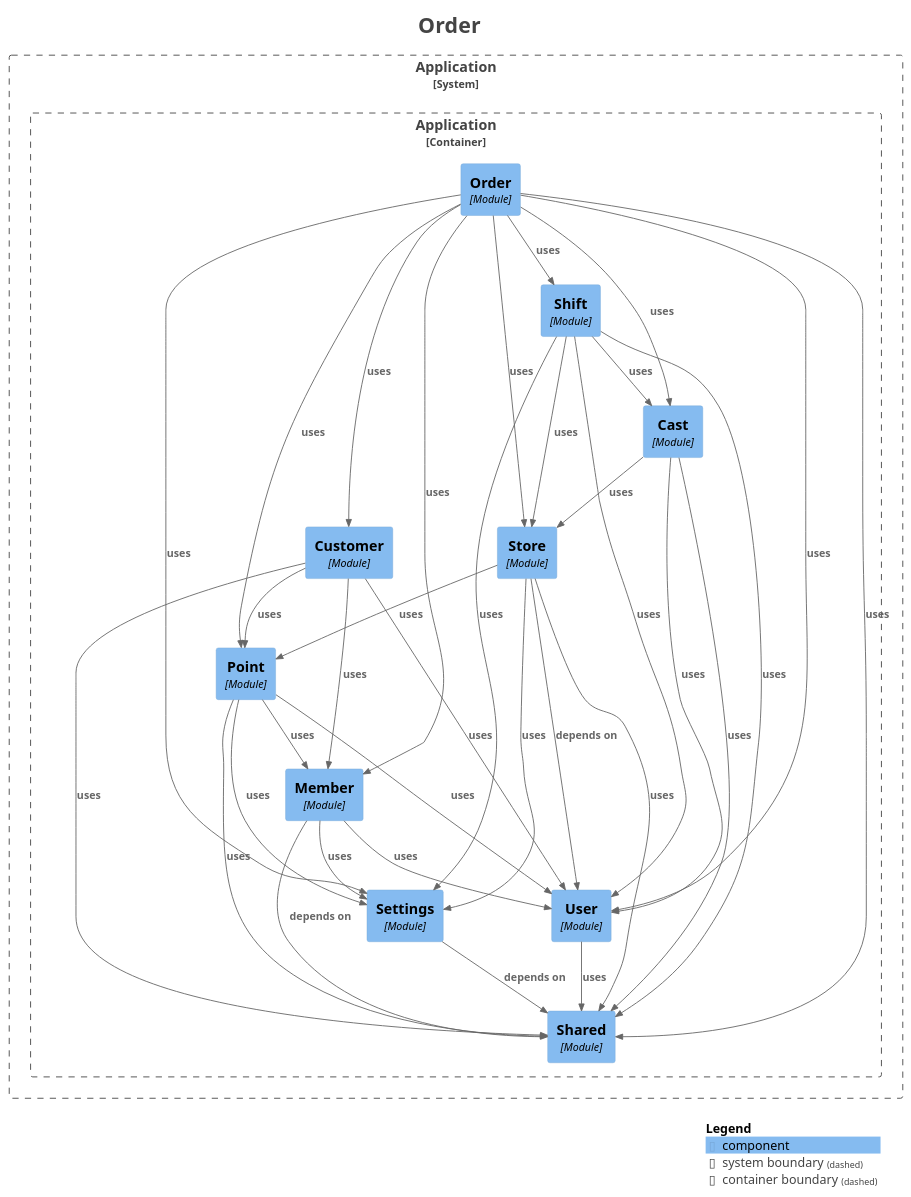
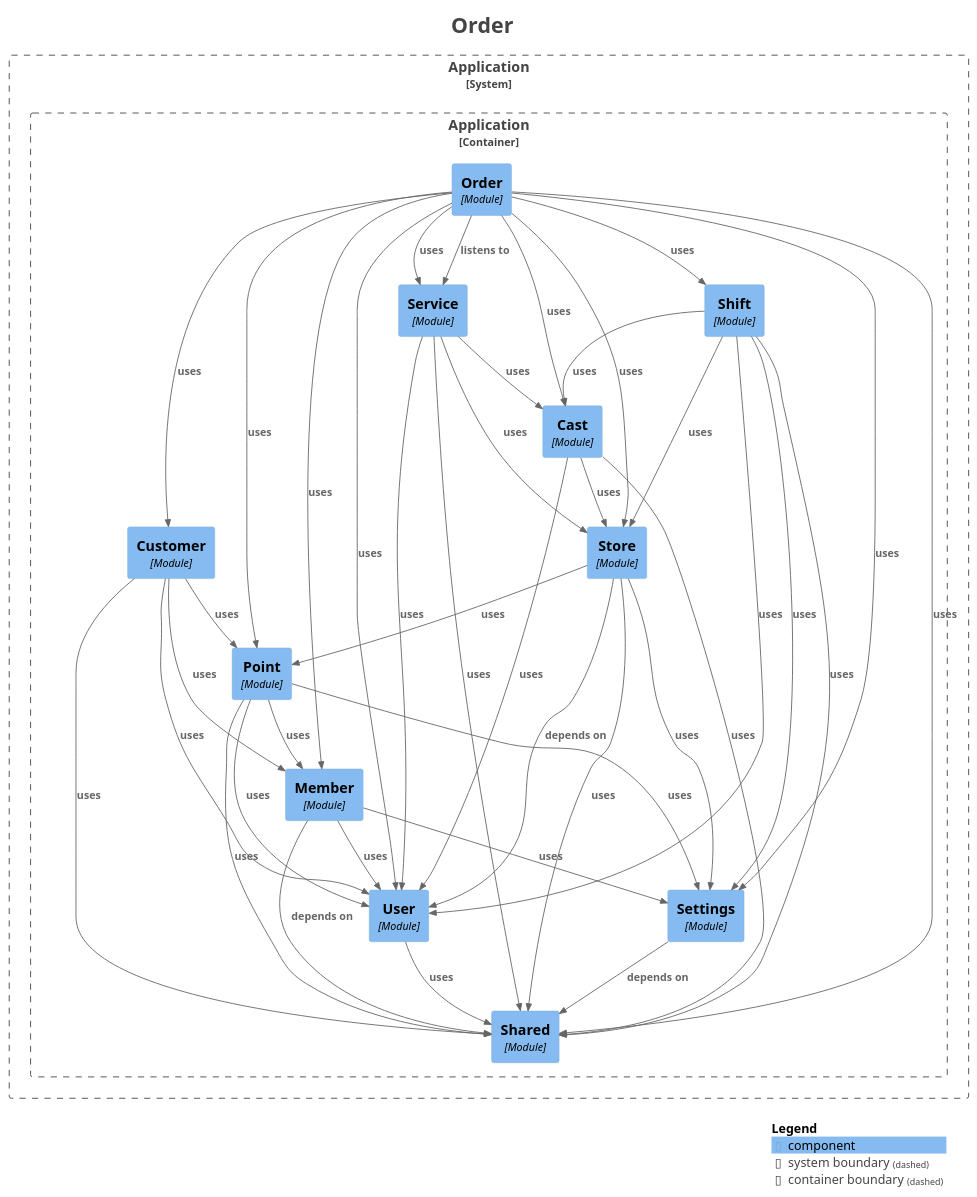
One commit to kanghouchao/Kizuna changed the diagram in backend/docs/modulith/module-order.puml. Above: the diagram before and after it, drawn with PlantUML. The commit also changed 96 other files, not shown here.

```diff
--- a/backend/docs/modulith/module-order.puml
+++ b/backend/docs/modulith/module-order.puml
@@ -1,71 +1,78 @@
 @startuml
 title <size:24>Order</size>
 
 set separator none
 top to bottom direction
 
 <style>
   root {
     BackgroundColor: #ffffff
     FontColor: #444444
   }
 </style>
 
 !include <C4/C4>
 !include <C4/C4_Context>
 !include <C4/C4_Component>
 
 System_Boundary("Application_boundary", "Application", $tags="") {
   Container_Boundary("Application.Application_boundary", "Application", $tags="") {
     Component(Application.Application.Point, "Point", $techn="Module", $descr="", $tags="", $link="")
     Component(Application.Application.Customer, "Customer", $techn="Module", $descr="", $tags="", $link="")
     Component(Application.Application.Store, "Store", $techn="Module", $descr="", $tags="", $link="")
     Component(Application.Application.Cast, "Cast", $techn="Module", $descr="", $tags="", $link="")
+    Component(Application.Application.Service, "Service", $techn="Module", $descr="", $tags="", $link="")
     Component(Application.Application.Shift, "Shift", $techn="Module", $descr="", $tags="", $link="")
     Component(Application.Application.Order, "Order", $techn="Module", $descr="", $tags="", $link="")
     Component(Application.Application.Shared, "Shared", $techn="Module", $descr="", $tags="", $link="")
     Component(Application.Application.Settings, "Settings", $techn="Module", $descr="", $tags="", $link="")
     Component(Application.Application.User, "User", $techn="Module", $descr="", $tags="", $link="")
     Component(Application.Application.Member, "Member", $techn="Module", $descr="", $tags="", $link="")
   }
 
 }
 
 Rel(Application.Application.Customer, Application.Application.Member, "uses", $techn="", $tags="", $link="")
 Rel(Application.Application.Customer, Application.Application.User, "uses", $techn="", $tags="", $link="")
 Rel(Application.Application.Customer, Application.Application.Shared, "uses", $techn="", $tags="", $link="")
 Rel(Application.Application.Customer, Application.Application.Point, "uses", $techn="", $tags="", $link="")
 Rel(Application.Application.Cast, Application.Application.User, "uses", $techn="", $tags="", $link="")
 Rel(Application.Application.Cast, Application.Application.Store, "uses", $techn="", $tags="", $link="")
 Rel(Application.Application.Cast, Application.Application.Shared, "uses", $techn="", $tags="", $link="")
 Rel(Application.Application.Order, Application.Application.Shared, "uses", $techn="", $tags="", $link="")
 Rel(Application.Application.Order, Application.Application.Point, "uses", $techn="", $tags="", $link="")
 Rel(Application.Application.Order, Application.Application.Member, "uses", $techn="", $tags="", $link="")
 Rel(Application.Application.Order, Application.Application.User, "uses", $techn="", $tags="", $link="")
 Rel(Application.Application.Order, Application.Application.Settings, "uses", $techn="", $tags="", $link="")
 Rel(Application.Application.Order, Application.Application.Cast, "uses", $techn="", $tags="", $link="")
 Rel(Application.Application.Order, Application.Application.Store, "uses", $techn="", $tags="", $link="")
 Rel(Application.Application.Order, Application.Application.Shift, "uses", $techn="", $tags="", $link="")
 Rel(Application.Application.Order, Application.Application.Customer, "uses", $techn="", $tags="", $link="")
 Rel(Application.Application.Shift, Application.Application.Settings, "uses", $techn="", $tags="", $link="")
 Rel(Application.Application.Shift, Application.Application.Cast, "uses", $techn="", $tags="", $link="")
 Rel(Application.Application.Shift, Application.Application.User, "uses", $techn="", $tags="", $link="")
 Rel(Application.Application.Shift, Application.Application.Store, "uses", $techn="", $tags="", $link="")
 Rel(Application.Application.Shift, Application.Application.Shared, "uses", $techn="", $tags="", $link="")
 Rel(Application.Application.Point, Application.Application.Shared, "uses", $techn="", $tags="", $link="")
 Rel(Application.Application.Point, Application.Application.User, "uses", $techn="", $tags="", $link="")
 Rel(Application.Application.Point, Application.Application.Member, "uses", $techn="", $tags="", $link="")
 Rel(Application.Application.Point, Application.Application.Settings, "uses", $techn="", $tags="", $link="")
 Rel(Application.Application.Store, Application.Application.User, "depends on", $techn="", $tags="", $link="")
 Rel(Application.Application.Store, Application.Application.Point, "uses", $techn="", $tags="", $link="")
 Rel(Application.Application.Store, Application.Application.Settings, "uses", $techn="", $tags="", $link="")
 Rel(Application.Application.Store, Application.Application.Shared, "uses", $techn="", $tags="", $link="")
 Rel(Application.Application.Settings, Application.Application.Shared, "depends on", $techn="", $tags="", $link="")
 Rel(Application.Application.User, Application.Application.Shared, "uses", $techn="", $tags="", $link="")
 Rel(Application.Application.Member, Application.Application.Shared, "depends on", $techn="", $tags="", $link="")
 Rel(Application.Application.Member, Application.Application.Settings, "uses", $techn="", $tags="", $link="")
 Rel(Application.Application.Member, Application.Application.User, "uses", $techn="", $tags="", $link="")
+Rel(Application.Application.Order, Application.Application.Service, "uses", $techn="", $tags="", $link="")
+Rel(Application.Application.Service, Application.Application.Shared, "uses", $techn="", $tags="", $link="")
+Rel(Application.Application.Service, Application.Application.Cast, "uses", $techn="", $tags="", $link="")
+Rel(Application.Application.Service, Application.Application.User, "uses", $techn="", $tags="", $link="")
+Rel(Application.Application.Service, Application.Application.Store, "uses", $techn="", $tags="", $link="")
+Rel(Application.Application.Order, Application.Application.Service, "listens to", $techn="", $tags="", $link="")
 
 SHOW_LEGEND(true)
 hide stereotypes
 @enduml
```
